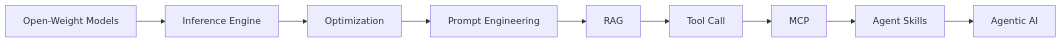
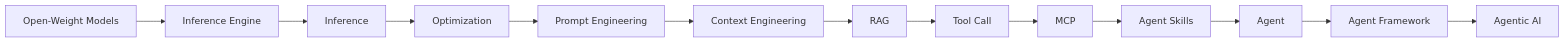
Before and after one commit to simjaecheol/all-about-llm: the second of 7 diagrams in README.md, drawn with Mermaid. The commit also changed other lines of this file and 5 other files, not shown here.

````diff
--- a/README.md
+++ b/README.md
@@ -30,11 +33,15 @@
 ```mermaid
 flowchart LR
     A[Open-Weight Models] --> B[Inference Engine]
-    B --> C[Optimization]
-    C --> D[Prompt Engineering]
-    D --> E[RAG]
-    E --> F[Tool Call]
-    F --> G[MCP]
-    G --> H[Agent Skills]
-    H --> I[Agentic AI]
+    B --> C[Inference]
+    C --> D[Optimization]
+    D --> E[Prompt Engineering]
+    E --> F[Context Engineering]
+    F --> G[RAG]
+    G --> H[Tool Call]
+    H --> I[MCP]
+    I --> J[Agent Skills]
+    J --> K[Agent]
+    K --> L[Agent Framework]
+    L --> M[Agentic AI]
 ```
````
